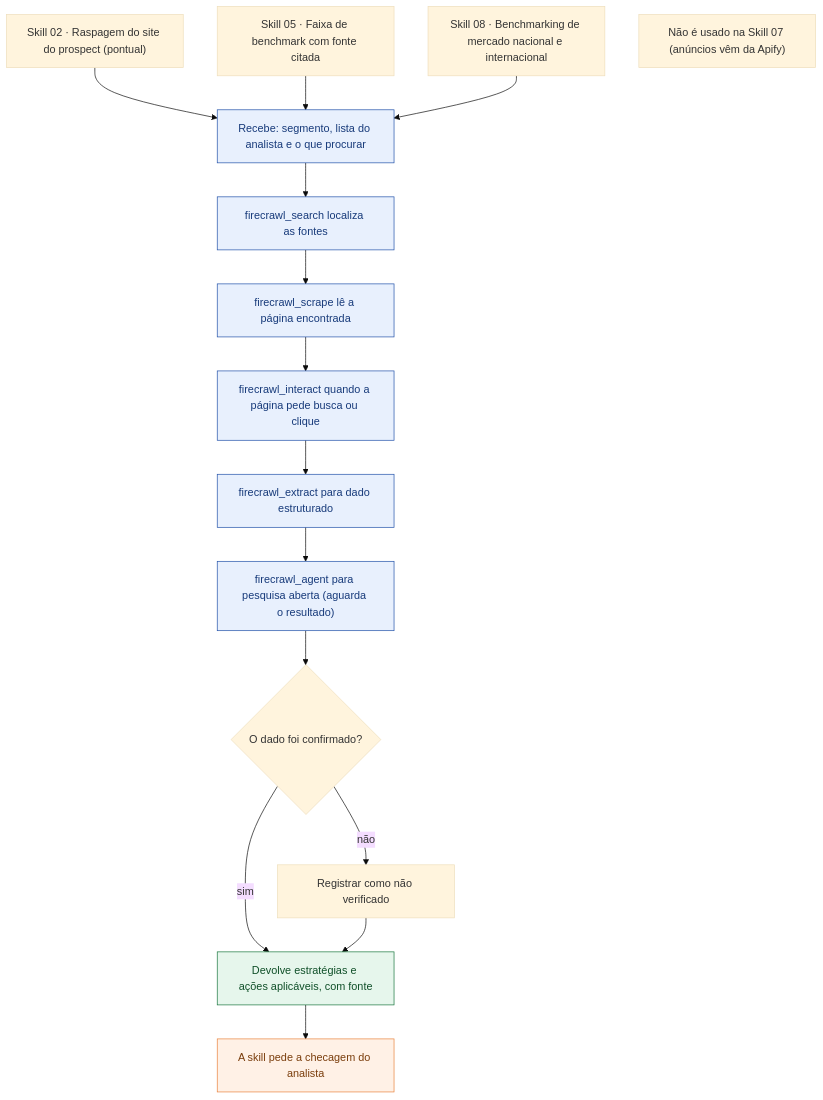
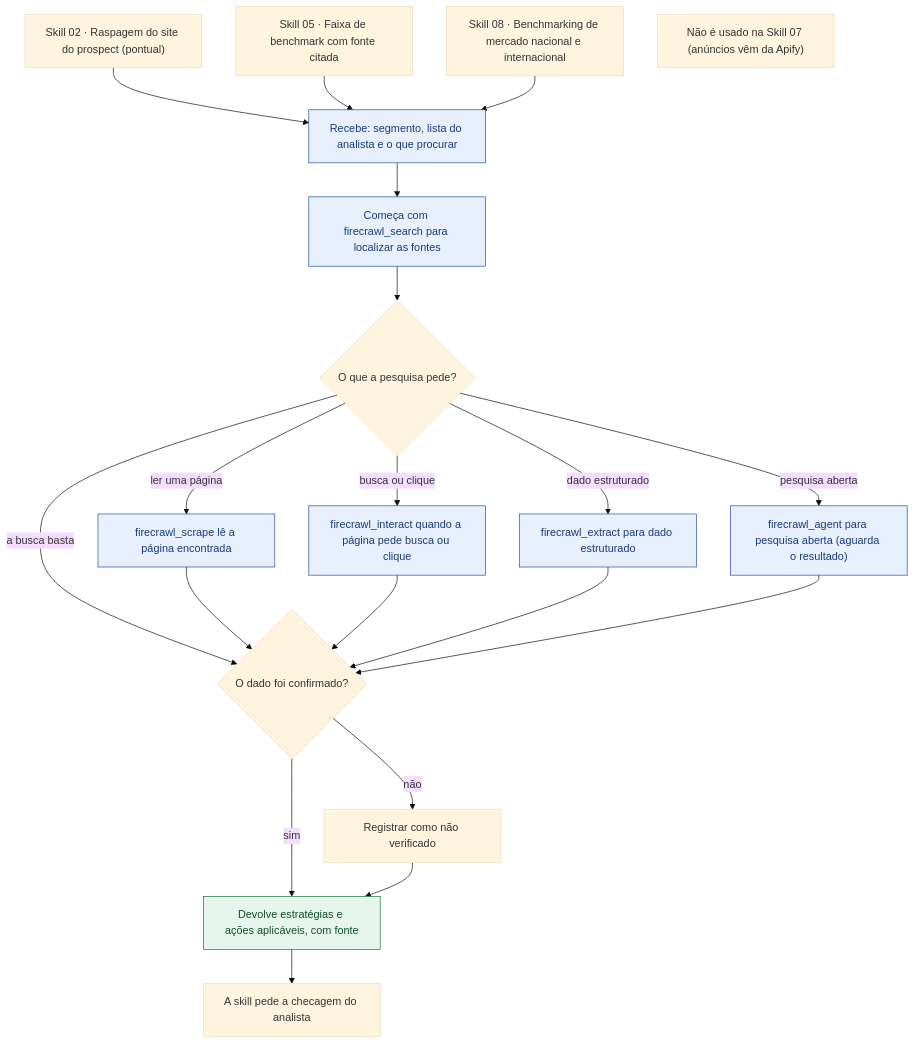
One commit to MatheusBoomer/growth-cycle-boomer changed the diagram in .claude/agents/pesquisador-benchmark.fluxo.mmd. Above: the diagram before and after it, drawn with Mermaid (base theme). The commit also changed 9 other files, not shown here.

```diff
--- a/.claude/agents/pesquisador-benchmark.fluxo.mmd
+++ b/.claude/agents/pesquisador-benchmark.fluxo.mmd
@@ -1,36 +1,41 @@
 flowchart TD
   S02["Skill 02 · Raspagem do site do prospect (pontual)"]
   S05["Skill 05 · Faixa de benchmark com fonte citada"]
   S08["Skill 08 · Benchmarking de mercado nacional e internacional"]
   N07["Não é usado na Skill 07 (anúncios vêm da Apify)"]
   R1["Recebe: segmento, lista do analista e o que procurar"]
-  P1["firecrawl_search localiza as fontes"]
+  P1["Começa com firecrawl_search para localizar as fontes"]
+  D2{"O que a pesquisa pede?"}
   P2["firecrawl_scrape lê a página encontrada"]
   P3["firecrawl_interact quando a página pede busca ou clique"]
   P4["firecrawl_extract para dado estruturado"]
   P5["firecrawl_agent para pesquisa aberta (aguarda o resultado)"]
   D1{"O dado foi confirmado?"}
   P6["Registrar como não verificado"]
   E1["Devolve estratégias e ações aplicáveis, com fonte"]
   CK["A skill pede a checagem do analista"]
 
   S02 --> R1
   S05 --> R1
   S08 --> R1
   R1 --> P1
-  P1 --> P2
-  P2 --> P3
-  P3 --> P4
-  P4 --> P5
+  P1 --> D2
+  D2 -->|"ler uma página"| P2
+  D2 -->|"busca ou clique"| P3
+  D2 -->|"dado estruturado"| P4
+  D2 -->|"pesquisa aberta"| P5
+  D2 -->|"a busca basta"| D1
+  P2 --> D1
+  P3 --> D1
+  P4 --> D1
   P5 --> D1
   D1 -->|"sim"| E1
   D1 -->|"não"| P6
   P6 --> E1
   E1 --> CK
 
   class R1,P1,P2,P3,P4,P5 subagente
   class E1 entrega
-  class CK checkpoint
   classDef checkpoint fill:#fff1e6,stroke:#e8803a,color:#7a3d0c
   classDef subagente fill:#e8f0fd,stroke:#1f4fa8,color:#173a7a
   classDef entrega fill:#e6f6ec,stroke:#16743b,color:#0f4f28
```
